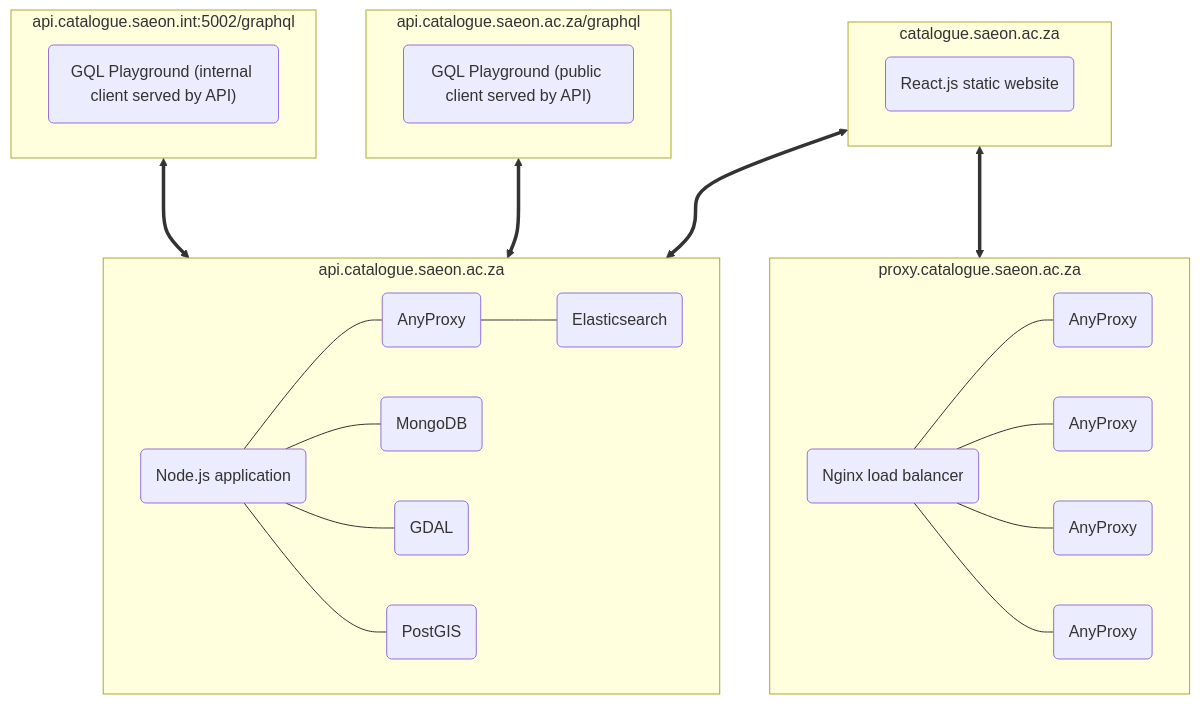
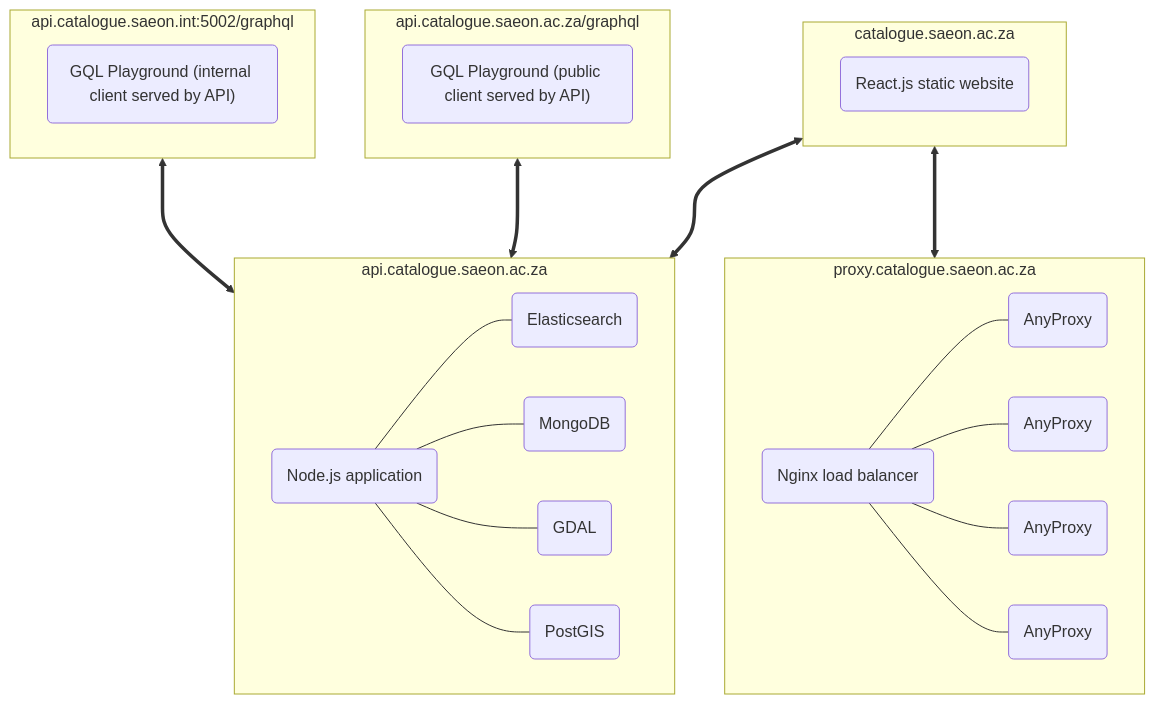
Before and after one commit to SAEON/data-portal: the diagram in diagrams/src/user-view.mmd, drawn with Mermaid. The commit also changed 13 other files, not shown here.

Commit message:
Refactored catalogue queries to use the official elasticsearch nodee client, Removing the proxy layer between the api and the catalogue

```diff
--- a/diagrams/src/user-view.mmd
+++ b/diagrams/src/user-view.mmd
@@ -1,40 +1,38 @@
 flowchart TD
   subgraph client ["catalogue.saeon.ac.za"]
       _client("React.js static website")
   end
 
   subgraph gql_public ["api.catalogue.saeon.ac.za/graphql"]
     _gql1("GQL Playground (public client served by API)")
   end
 
   subgraph gql_internal ["api.catalogue.saeon.int:5002/graphql"]
     _gql2("GQL Playground (internal client served by API)")
   end
   
   subgraph api ["api.catalogue.saeon.ac.za"]
       _api("Node.js application")
-      _internal_proxy("AnyProxy")
       _mongo("MongoDB")
       _postgis("PostGIS")
       _gdal("GDAL")
       _elasticsearch("Elasticsearch")
 
-      _api --- _internal_proxy
+      _api --- _elasticsearch
       _api --- _mongo
       _api --- _gdal
       _api --- _postgis
-      _internal_proxy --- _elasticsearch
   end
 
   subgraph public_proxy ["proxy.catalogue.saeon.ac.za"]
       _proxy("Nginx load balancer")
+      _proxy --- _proxy_1("AnyProxy")
       _proxy --- _proxy_2("AnyProxy")
       _proxy --- _proxy_3("AnyProxy")
       _proxy --- _proxy_4("AnyProxy")
-      _proxy --- _proxy_5("AnyProxy")
   end
 
   gql_internal <===> api
   gql_public <===> api
   client <===> api
   client <===> public_proxy
```
